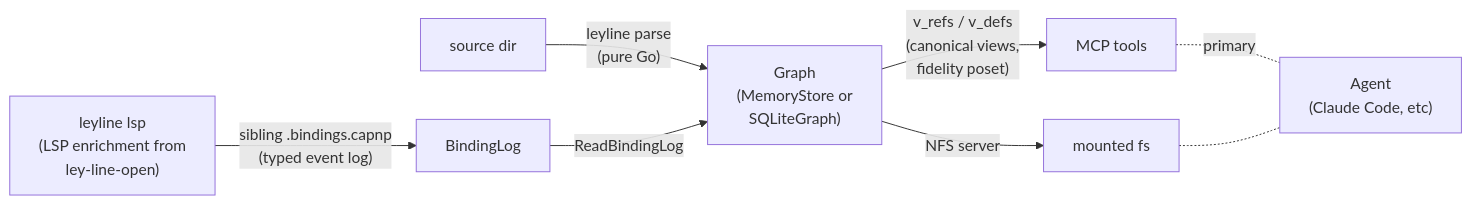
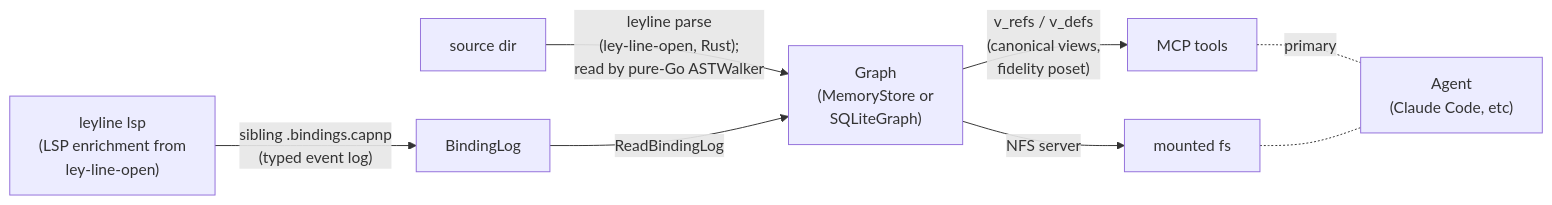
Before and after one commit to agentic-research/mache: the diagram in README.md, drawn with Mermaid. The commit also changed other lines of this file and 2 other files, not shown here.

````diff
--- a/README.md
+++ b/README.md
@@ -70,10 +70,10 @@
 ```mermaid
 flowchart LR
-    Source["source dir"] -->|"leyline parse<br/>(pure Go)"| Graph
+    Source["source dir"] -->|"leyline parse<br/>(ley-line-open, Rust);<br/>read by pure-Go ASTWalker"| Graph
     LSP["leyline lsp<br/>(LSP enrichment from<br/>ley-line-open)"] -->|"sibling .bindings.capnp<br/>(typed event log)"| BindingLog
     BindingLog -->|"ReadBindingLog"| Graph["Graph<br/>(MemoryStore or<br/>SQLiteGraph)"]
     Graph -->|"v_refs / v_defs<br/>(canonical views,<br/>fidelity poset)"| MCP["MCP tools"]
     Graph -->|"NFS server"| FS["mounted fs"]
     MCP -. "primary" .- Agent["Agent<br/>(Claude Code, etc)"]
     FS -.- Agent
 ```
````
